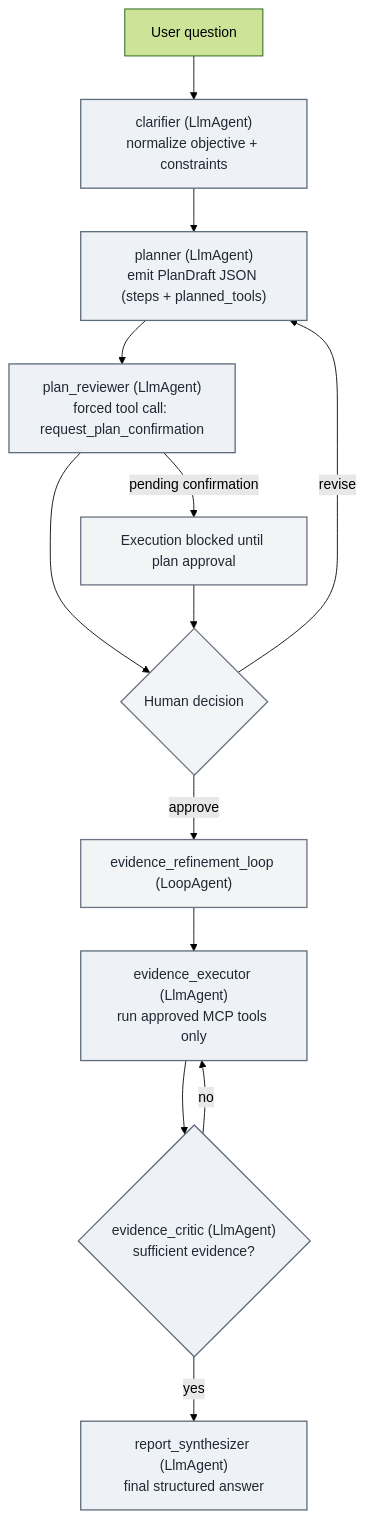
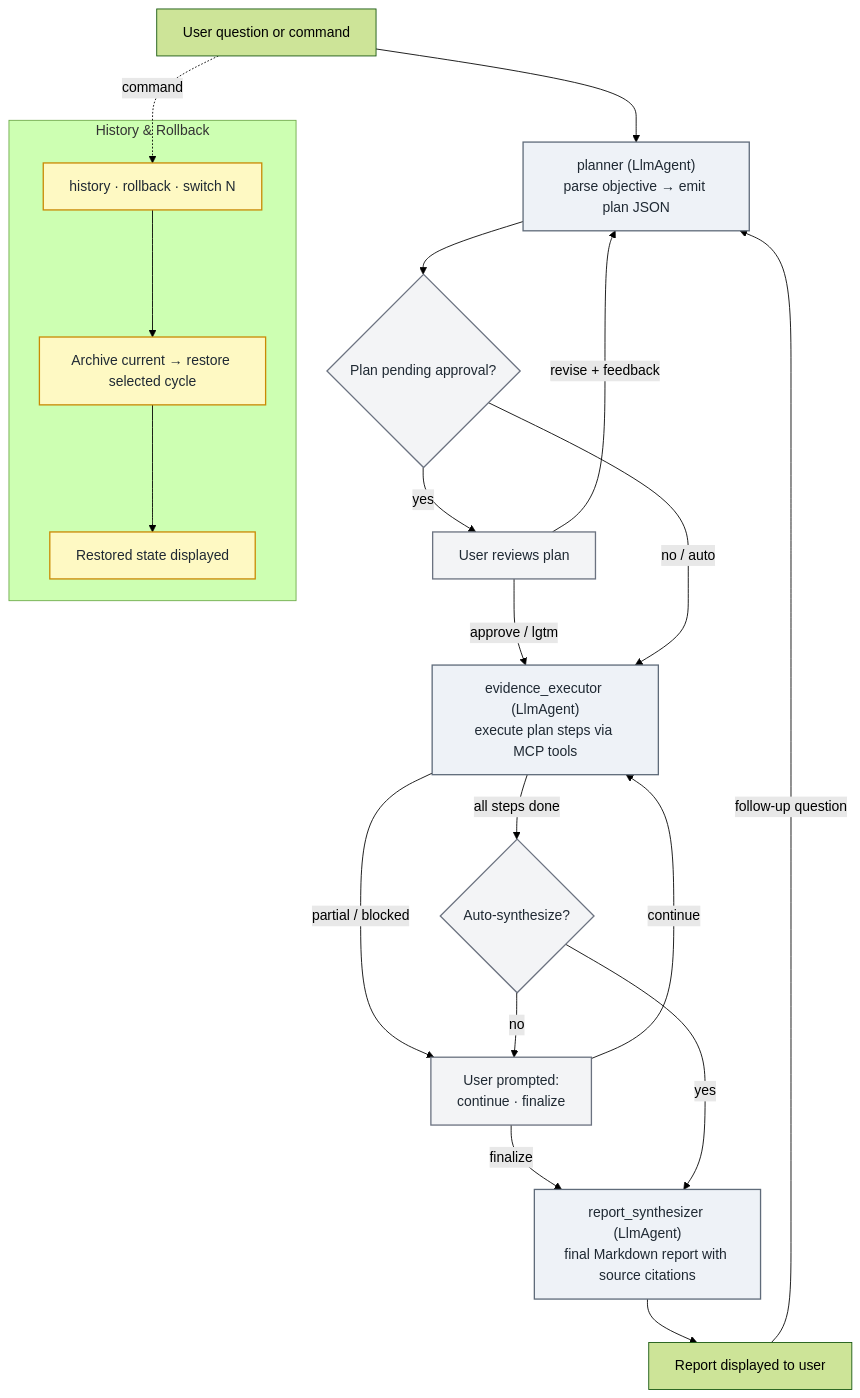
The second of 2 diagrams in README.md (povilaskarvelis/ai-co-scientist), drawn with Mermaid (forest theme) before and after one commit. The commit also changed other lines of this file, not shown here.

Commit message:
docs: update README with current workflow flowchart and user commands
- Replace outdated architecture and workflow diagrams with current
  SequentialAgent flow (planner → executor → synthesizer)
- Add history/rollback subgraph to the flowchart
- Add user commands reference table
- Add guardrails section documenting HITL, error handling, source citations

````diff
--- a/README.md
+++ b/README.md
@@ -33,21 +33,38 @@
 ```mermaid
 flowchart TD
-    U["User question"] --> C["clarifier (LlmAgent)<br/>normalize objective + constraints"]
-    C --> P["planner (LlmAgent)<br/>emit PlanDraft JSON (steps + planned_tools)"]
-    P --> R["plan_reviewer (LlmAgent)<br/>forced tool call: request_plan_confirmation"]
-    R --> H{"Human decision"}
-    H -->|revise| P
-    H -->|approve| E["evidence_refinement_loop (LoopAgent)"]
-    R -->|pending confirmation| B["Execution blocked until plan approval"]
-    B --> H
+    U["User question or command"] --> P["planner (LlmAgent)<br/>parse objective → emit plan JSON"]
 
-    E --> X["evidence_executor (LlmAgent)<br/>run approved MCP tools only"]
-    X --> Y{"evidence_critic (LlmAgent)<br/>sufficient evidence?"}
-    Y -->|no| X
-    Y -->|yes| S["report_synthesizer (LlmAgent)<br/>final structured answer"]
+    P --> AP{"Plan pending approval?"}
+    AP -->|yes| H["User reviews plan"]
+    H -->|approve / lgtm| EX
+    H -->|revise + feedback| P
+    AP -->|no / auto| EX
+
+    EX["evidence_executor (LlmAgent)<br/>execute plan steps via MCP tools"]
+    EX -->|all steps done| AUTO{"Auto-synthesize?"}
+    EX -->|partial / blocked| WAIT["User prompted:<br/>continue · finalize"]
+    WAIT -->|continue| EX
+    WAIT -->|finalize| SY
+
+    AUTO -->|yes| SY
+    AUTO -->|no| WAIT
+
+    SY["report_synthesizer (LlmAgent)<br/>final Markdown report with source citations"]
+    SY --> DONE["Report displayed to user"]
+    DONE -->|follow-up question| P
+
+    subgraph "History & Rollback"
+        CMD["history · rollback · switch N"]
+        CMD --> ARCH["Archive current → restore selected cycle"]
+        ARCH --> DONE2["Restored state displayed"]
+    end
+
+    U -.->|command| CMD
 
     classDef llm fill:#eef2f7,stroke:#5f6b7a,stroke-width:1.5px,color:#1f2933;
     classDef guard fill:#f3f4f6,stroke:#6b7280,stroke-width:1.5px,color:#1f2933;
-    class C,P,R,X,Y,S llm;
-    class H,B,E guard;
+    classDef cmd fill:#fef9c3,stroke:#ca8a04,stroke-width:1.5px,color:#1f2933;
+    class P,EX,SY llm;
+    class AP,AUTO,H,WAIT guard;
+    class CMD,ARCH,DONE2 cmd;
 ```
````
